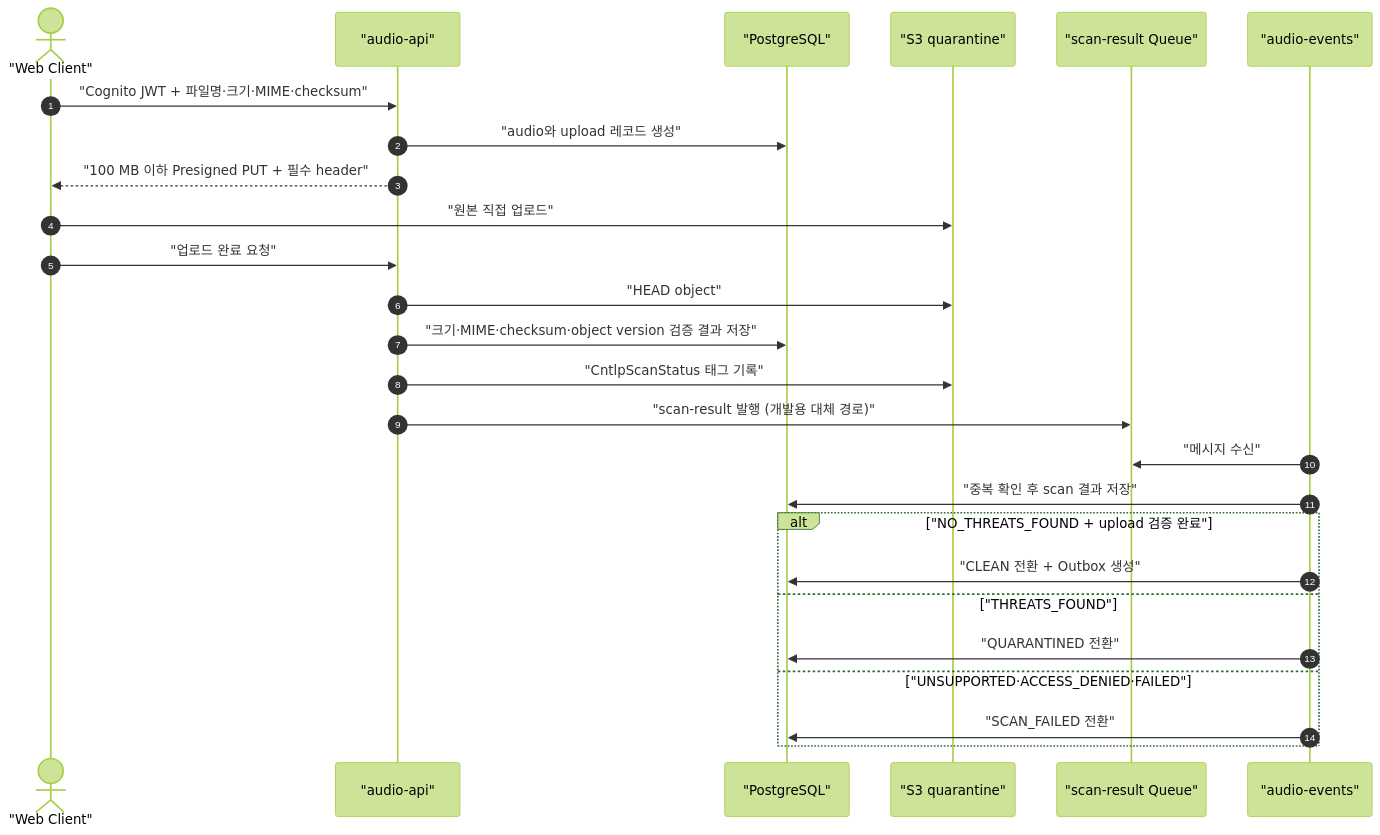
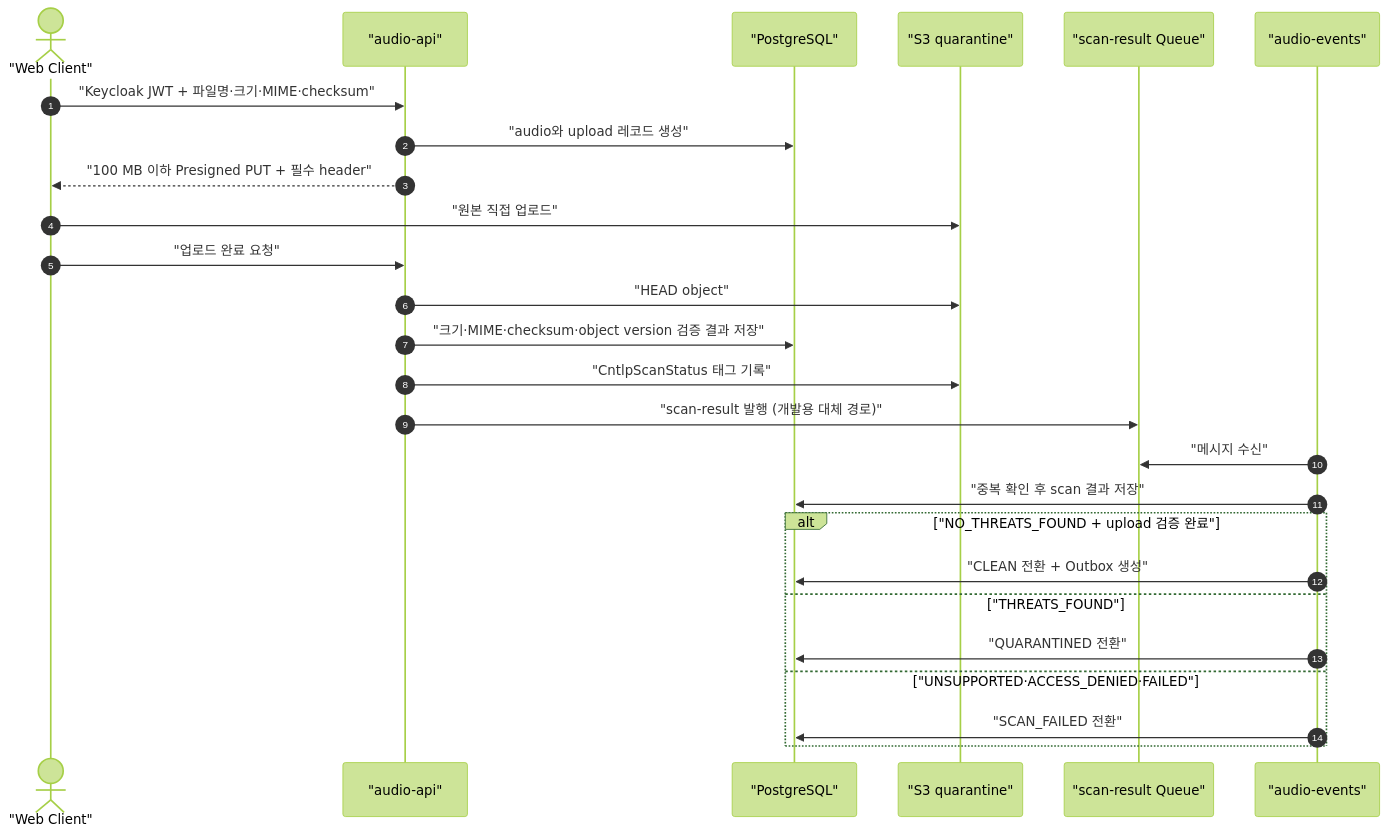
One commit to project-cantaloupe/03-app-audio changed the second of 5 diagrams in docs/audio-service-architecture.md. Above: the diagram before and after it, drawn with Mermaid (forest theme). The commit also changed other lines of this file and 34 other files, not shown here.

````diff
--- a/docs/audio-service-architecture.md
+++ b/docs/audio-service-architecture.md
@@ -273,31 +273,31 @@
 ```mermaid
 sequenceDiagram
     autonumber
     actor Client as "Web Client"
     participant API as "audio-api"
     participant DB as "PostgreSQL"
     participant S3 as "S3 quarantine"
     participant Q as "scan-result Queue"
     participant Events as "audio-events"
 
-    Client->>API: "Cognito JWT + 파일명·크기·MIME·checksum"
+    Client->>API: "Keycloak JWT + 파일명·크기·MIME·checksum"
     API->>DB: "audio와 upload 레코드 생성"
     API-->>Client: "100 MB 이하 Presigned PUT + 필수 header"
     Client->>S3: "원본 직접 업로드"
     Client->>API: "업로드 완료 요청"
     API->>S3: "HEAD object"
     API->>DB: "크기·MIME·checksum·object version 검증 결과 저장"
 
     API->>S3: "CntlpScanStatus 태그 기록"
     API->>Q: "scan-result 발행 (개발용 대체 경로)"
     Events->>Q: "메시지 수신"
     Events->>DB: "중복 확인 후 scan 결과 저장"
 
     alt "NO_THREATS_FOUND + upload 검증 완료"
         Events->>DB: "CLEAN 전환 + Outbox 생성"
     else "THREATS_FOUND"
         Events->>DB: "QUARANTINED 전환"
     else "UNSUPPORTED·ACCESS_DENIED·FAILED"
         Events->>DB: "SCAN_FAILED 전환"
     end
 ```
````
